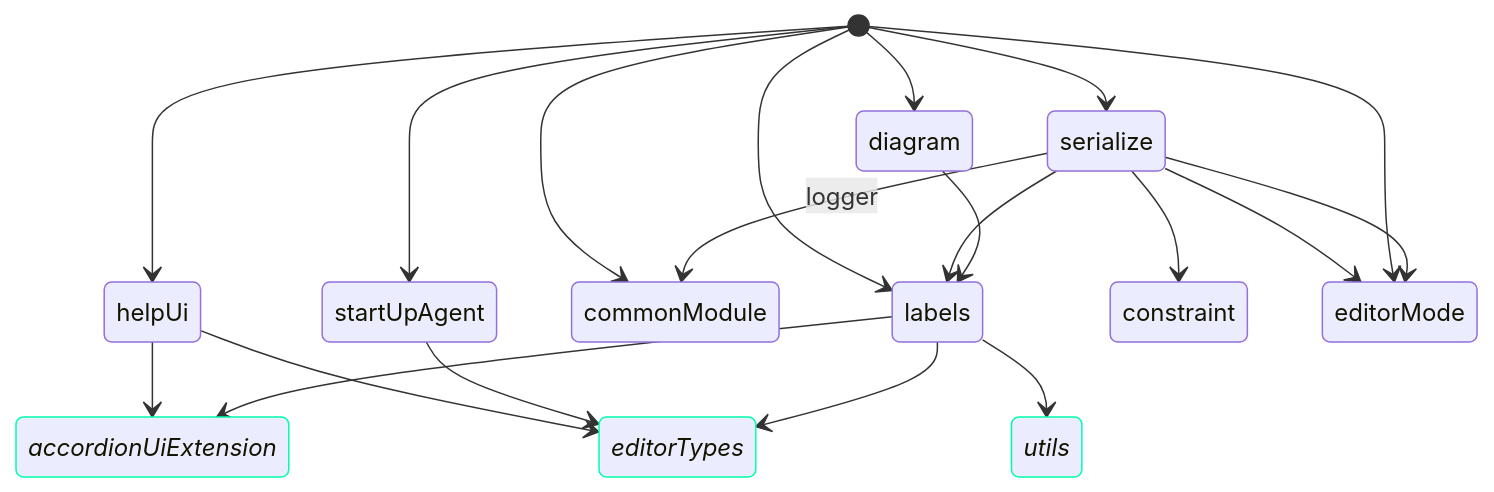
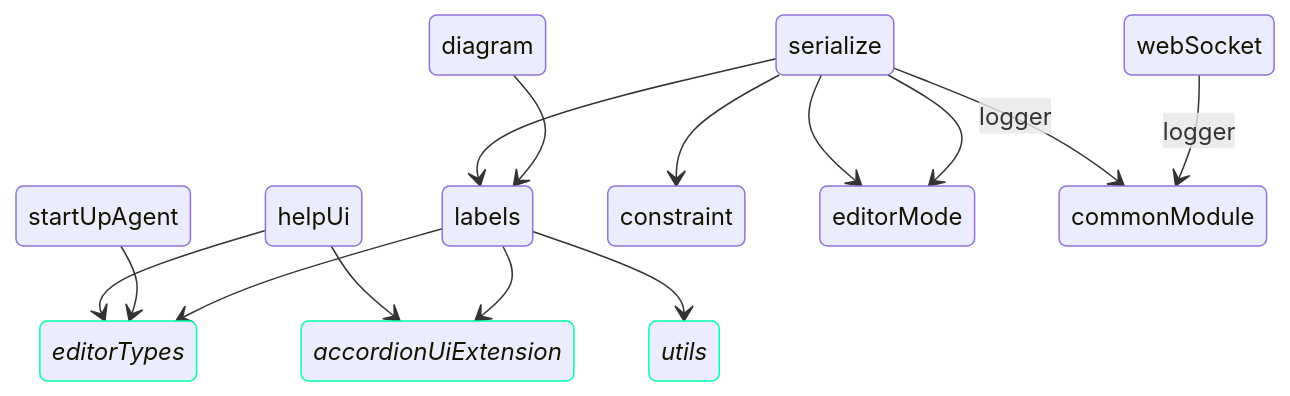
Before and after one commit to DataFlowAnalysis/OnlineEditor: the diagram in frontend/webEditor/dependencyGraph.md, drawn with Mermaid. The commit also changed 3 other files, not shown here.

````diff
--- a/frontend/webEditor/dependencyGraph.md
+++ b/frontend/webEditor/dependencyGraph.md
@@ -1,28 +1,34 @@
 ```mermaid
 stateDiagram-v2
-    [*] --> helpUi
-    [*] --> startUpAgent
+
+    
     helpUi --> accordionUiExtension
     helpUi --> editorTypes
     startUpAgent --> editorTypes
-    [*] --> commonModule
-    [*] --> labels
     labels --> utils
     labels --> editorTypes
     labels --> accordionUiExtension
 
     serialize --> labels
     serialize --> constraint
     serialize --> editorMode
-    [*] --> serialize
     serialize --> commonModule: logger
 
-    [*] --> editorMode
     serialize --> editorMode
+    
+    diagram --> labels
 
-    [*] --> diagram
-    diagram --> labels
+    webSocket --> commonModule: logger
+
+%%    [*] --> commonModule
+%%    [*] --> labels
+%%    [*] --> serialize
+%%    [*] --> editorMode
+%%    [*] --> diagram
+%%    [*] --> webSocket
+%%    [*] --> helpUi
+%%    [*] --> startUpAgent
 
     classDef diLess font-style:italic,stroke:#0fa
     class accordionUiExtension,editorTypes,utils diLess
 ```
````
